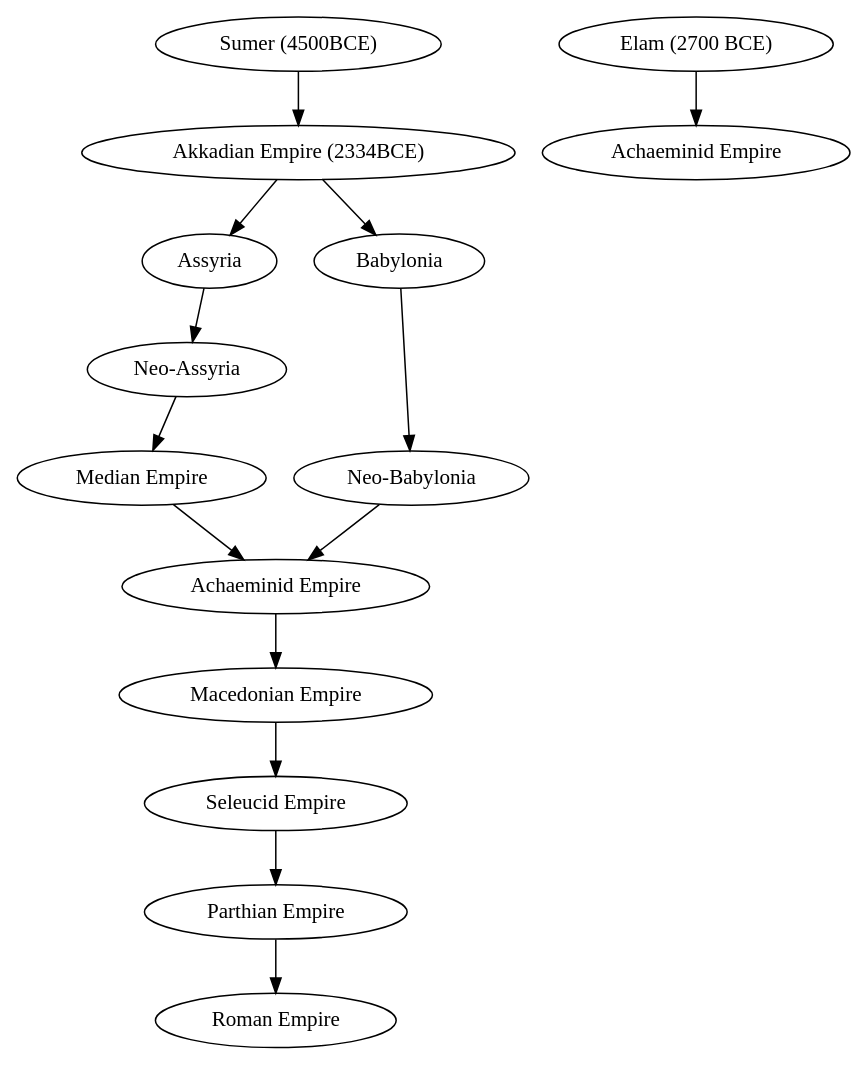
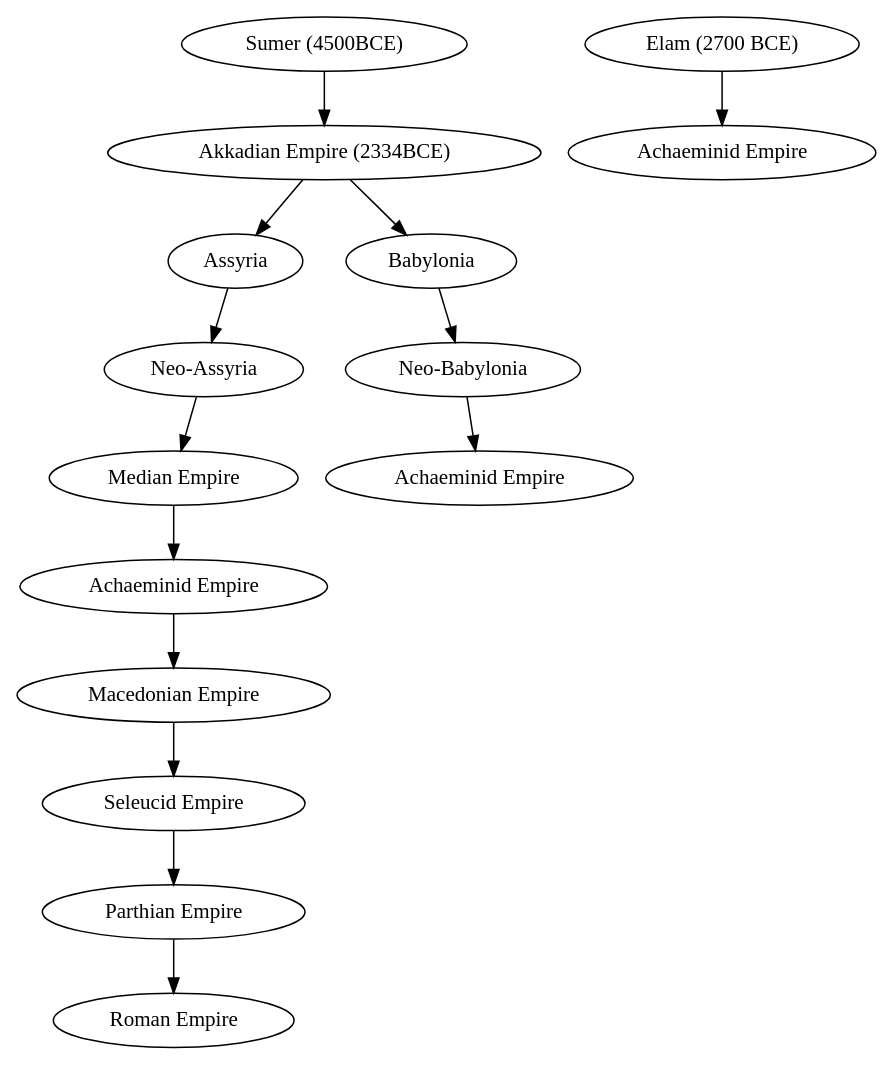
The diagram in mesopotamia/test-output/meso.gv (afro-nolan/Origins-of-Civilisations), drawn with Graphviz before and after one commit. The commit also changed 2 other files, not shown here.

```diff
--- a/mesopotamia/test-output/meso.gv
+++ b/mesopotamia/test-output/meso.gv
@@ -1,30 +1,31 @@
 // Mesopotamia
 digraph {
 	A [label="Sumer (4500BCE)"]
 	B [label="Akkadian Empire (2334BCE)"]
 	C [label=Assyria]
 	D [label=Babylonia]
 	E [label="Neo-Assyria"]
 	F [label="Neo-Babylonia"]
 	G [label="Median Empire"]
 	H [label="Achaeminid Empire"]
 	I [label="Macedonian Empire"]
 	J [label="Seleucid Empire"]
 	K [label="Parthian Empire"]
 	L [label="Roman Empire"]
 	N [label="Achaeminid Empire"]
+	O [label="Achaeminid Empire"]
 	M [label="Elam (2700 BCE)"]
 	A -> B
 	B -> C
 	B -> D
 	C -> E
 	D -> F
 	E -> G
 	G -> H
 	H -> I
 	I -> J
 	J -> K
 	K -> L
-	F -> H
-	M -> N
+	F -> N
+	M -> O
 }
```
